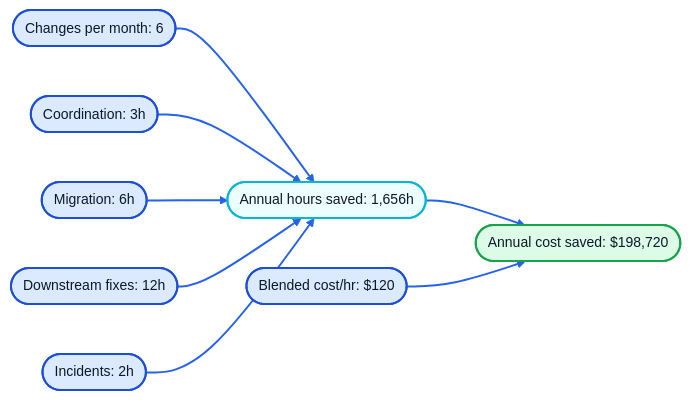
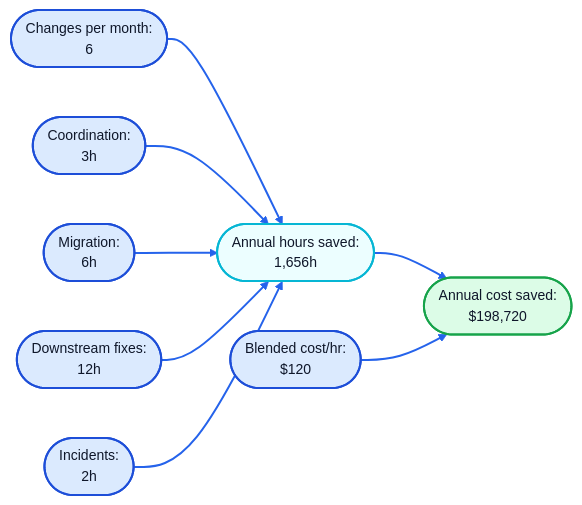
The first of 3 diagrams in README.md (cronologi/schemalution), drawn with Mermaid before and after one commit.

Commit message:
fix: improve readability of economic value model diagram by adding line breaks

````diff
--- a/README.md
+++ b/README.md
@@ -23,21 +23,21 @@
 ```mermaid
 %%{init: {'theme': 'base', 'themeVariables': {'primaryColor': '#E6F4FF', 'primaryTextColor': '#0F172A', 'primaryBorderColor': '#1D4ED8', 'lineColor': '#2563EB', 'secondaryColor': '#F1F5F9', 'tertiaryColor': '#E2E8F0', 'edgeLabelBackground': '#F8FAFC', 'fontFamily': 'Inter, system-ui, sans-serif', 'fontSize': '14px'}}}%%
 flowchart LR
-  A([Changes per month: 6]) --> G([Annual hours saved: 1,656h])
-  B([Coordination: 3h]) --> G
-  C([Migration: 6h]) --> G
-  D([Downstream fixes: 12h]) --> G
-  E([Incidents: 2h]) --> G
-  G --> H([Annual cost saved: $198,720])
-  F([Blended cost/hr: $120]) --> H
+  A([Changes per month: </br>6]) --> G([Annual hours saved: </br>1,656h])
+  B([Coordination: </br>3h]) --> G
+  C([Migration: </br>6h]) --> G
+  D([Downstream fixes: </br>12h]) --> G
+  E([Incidents: </br>2h]) --> G
+  G --> H([Annual cost saved: </br>$198,720])
+  F([Blended cost/hr: </br>$120]) --> H
 
   classDef input fill:#DBEAFE,stroke:#1D4ED8,stroke-width:2px,color:#0F172A;
   classDef calc fill:#ECFEFF,stroke:#06B6D4,stroke-width:2px,color:#0F172A;
   classDef outcome fill:#DCFCE7,stroke:#16A34A,stroke-width:2px,color:#0F172A;
 
   class A,B,C,D,E,F input;
   class G calc;
   class H outcome;
 
   linkStyle default stroke-width:2px;
 ```
````
